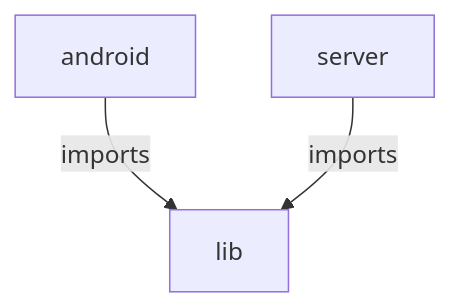
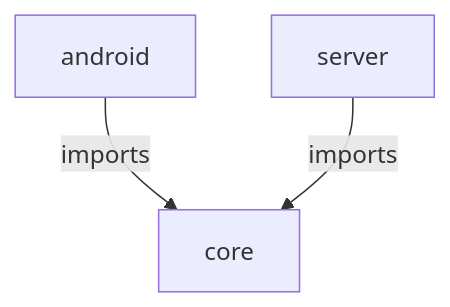
Before and after one commit to ryanntannn/dicerealm: the diagram in README.md, drawn with Mermaid. The commit also changed other lines of this file, not shown here.

````diff
--- a/README.md
+++ b/README.md
@@ -12,5 +14,5 @@
 ```mermaid
 graph TD
-		A[android] -->|imports| B[lib]
+		A[android] -->|imports| B[core]
 		D[server] -->|imports| B
 ```
````
